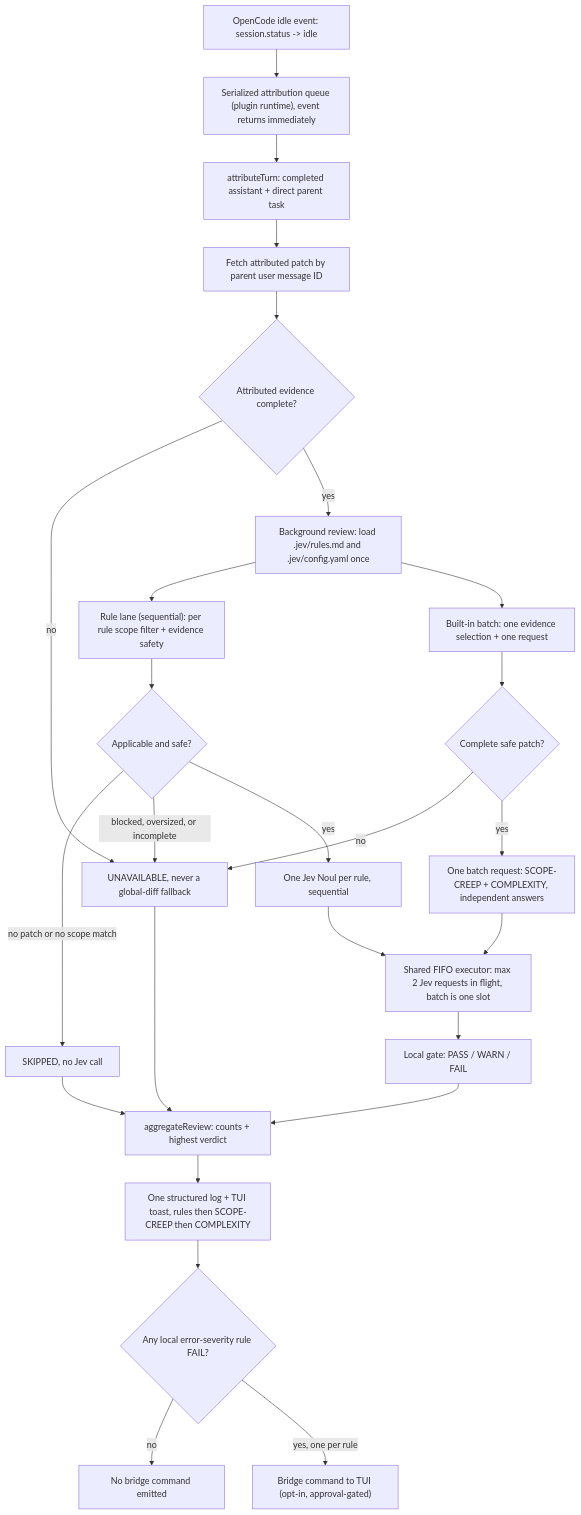
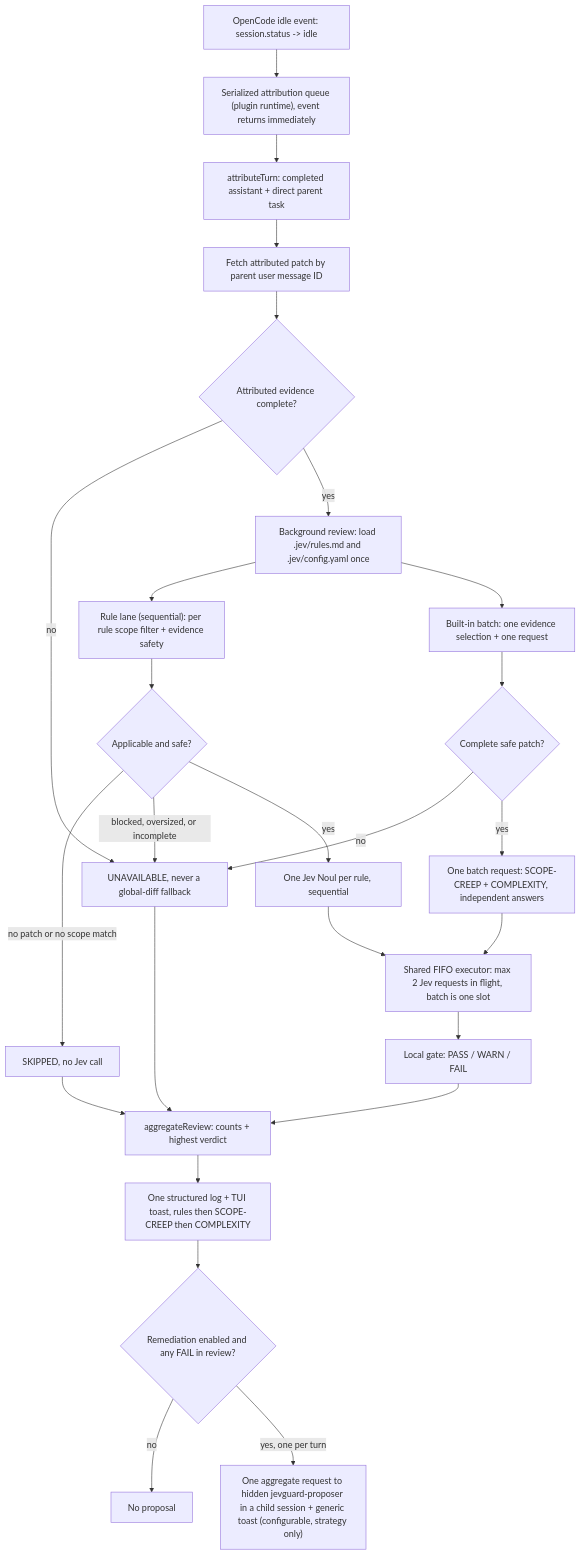
One commit to pablozr/JevGuard changed the diagram in CONTRIBUTING.md. Above: the diagram before and after it, drawn with Mermaid. The commit also changed other lines of this file and 5 other files, not shown here.

````diff
--- a/CONTRIBUTING.md
+++ b/CONTRIBUTING.md
@@ -107,28 +111,28 @@
 ```mermaid
 flowchart TD
     A["OpenCode idle event: session.status -> idle"] --> B["Serialized attribution queue (plugin runtime), event returns immediately"]
     B --> C["attributeTurn: completed assistant + direct parent task"]
     C --> D["Fetch attributed patch by parent user message ID"]
     D --> E{"Attributed evidence complete?"}
     E -->|no| X["UNAVAILABLE, never a global-diff fallback"]
     E -->|yes| F["Background review: load .jev/rules.md and .jev/config.yaml once"]
     F --> G["Rule lane (sequential): per rule scope filter + evidence safety"]
     F --> N["Built-in batch: one evidence selection + one request"]
     G --> H{"Applicable and safe?"}
     H -->|no patch or no scope match| S["SKIPPED, no Jev call"]
     H -->|blocked, oversized, or incomplete| X
     H -->|yes| I["One Jev Noul per rule, sequential"]
     N --> O{"Complete safe patch?"}
     O -->|no| X
     O -->|yes| Q["One batch request: SCOPE-CREEP + COMPLEXITY, independent answers"]
     I --> R["Shared FIFO executor: max 2 Jev requests in flight, batch is one slot"]
     Q --> R
     R --> J["Local gate: PASS / WARN / FAIL"]
     J --> K["aggregateReview: counts + highest verdict"]
     S --> K
     X --> K
     K --> L["One structured log + TUI toast, rules then SCOPE-CREEP then COMPLEXITY"]
-    L --> M{"Any local error-severity rule FAIL?"}
-    M -->|no| Z["No bridge command emitted"]
-    M -->|yes, one per rule| P["Bridge command to TUI (opt-in, approval-gated)"]
+    L --> M{"Remediation enabled and any FAIL in review?"}
+    M -->|no| Z["No proposal"]
+    M -->|yes, one per turn| P["One aggregate request to hidden jevguard-proposer in a child session + generic toast (configurable, strategy only)"]
 ```
````
